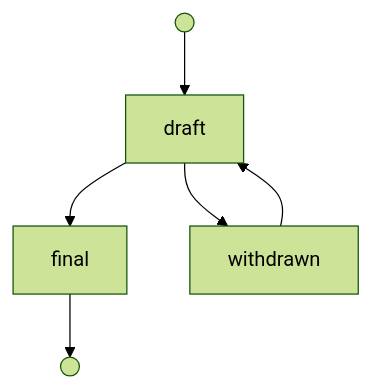
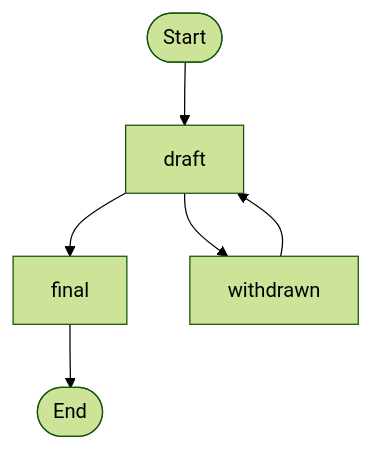
One commit to code4chiyoda/ASK-2t3c changed the diagram in 0e99.md. Above: the diagram before and after it, drawn with Mermaid (forest theme).

Commit message:
#7 fix: mermaid diagram

````diff
--- a/0e99.md
+++ b/0e99.md
@@ -69,11 +69,11 @@
 ```mermaid
 graph TD;
-  up(( ));
-  down(( ));
+  up([Start]);
+  down([End]);
 
   up-->draft;
   draft-->final;
   draft-->withdrawn;
   withdrawn-->draft;
   final-->down;
 ```
````
